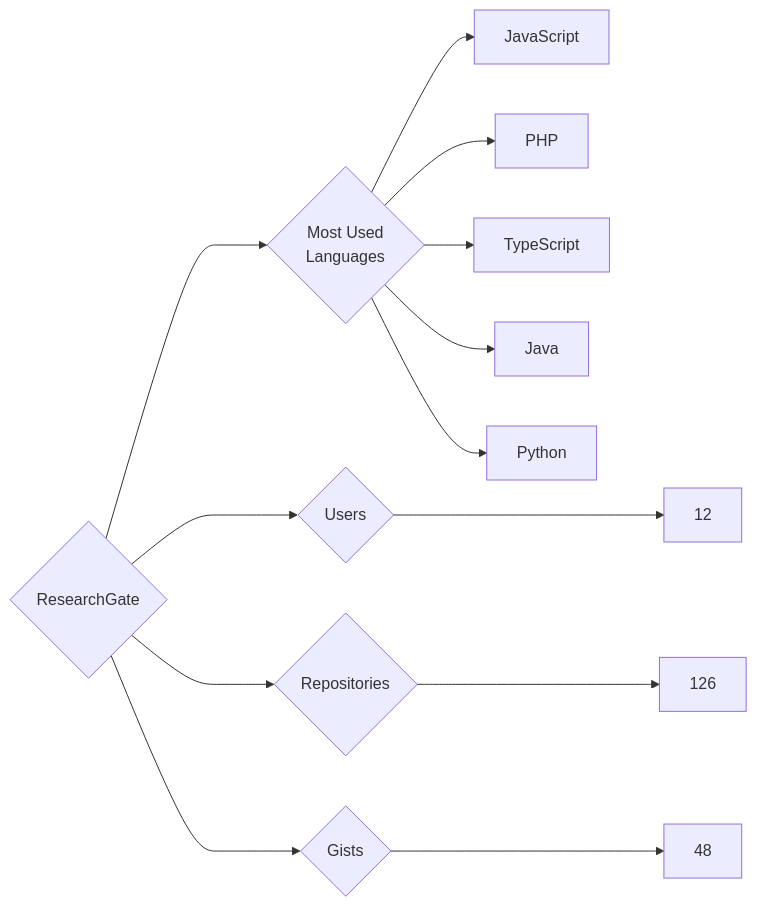
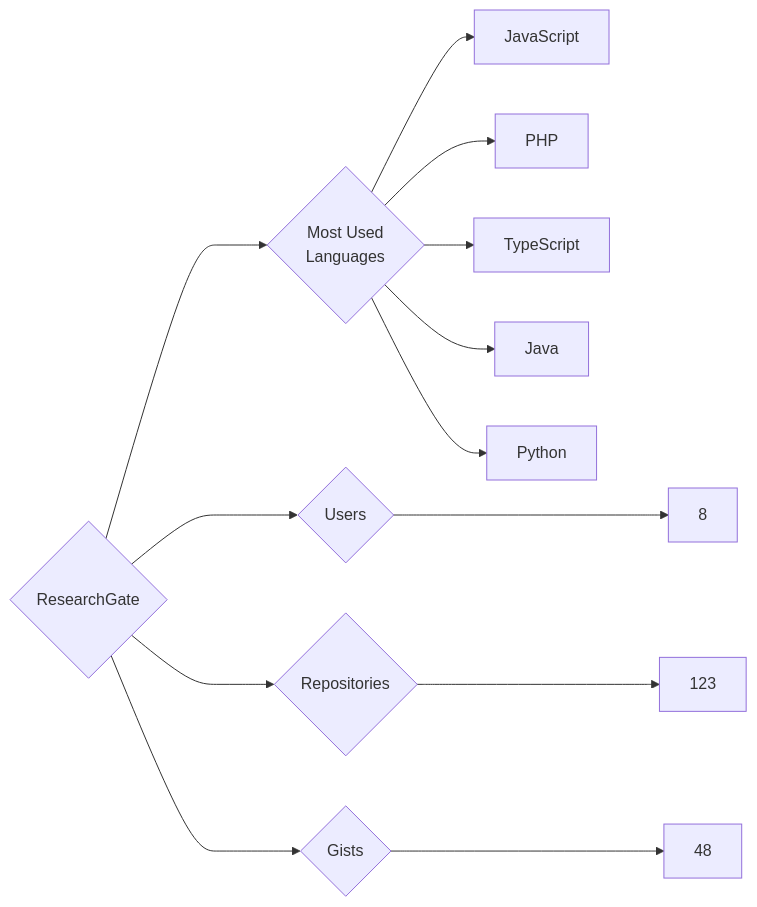
One commit to trickest/insiders changed the diagram in targets/ResearchGate/README.md. Above: the diagram before and after it, drawn with Mermaid. The commit also changed 823 other files, not shown here.

````diff
--- a/targets/ResearchGate/README.md
+++ b/targets/ResearchGate/README.md
@@ -3,13 +3,13 @@
 ```mermaid
 graph LR
 COMPANY_NAME{ResearchGate}
-COMPANY_NAME ---> U{Users} ---> UN[12]
-COMPANY_NAME ---> R{Repositories} ---> RN[126]
+COMPANY_NAME ---> U{Users} ---> UN[8]
+COMPANY_NAME ---> R{Repositories} ---> RN[123]
 COMPANY_NAME ---> G{Gists} ---> GN[48]
 COMPANY_NAME ---> ML{Most Used<br>Languages}
 ML --> JavaScript[JavaScript]
 ML --> PHP[PHP]
 ML --> TypeScript[TypeScript]
 ML --> Java[Java]
 ML --> Python[Python]
 ```
````
